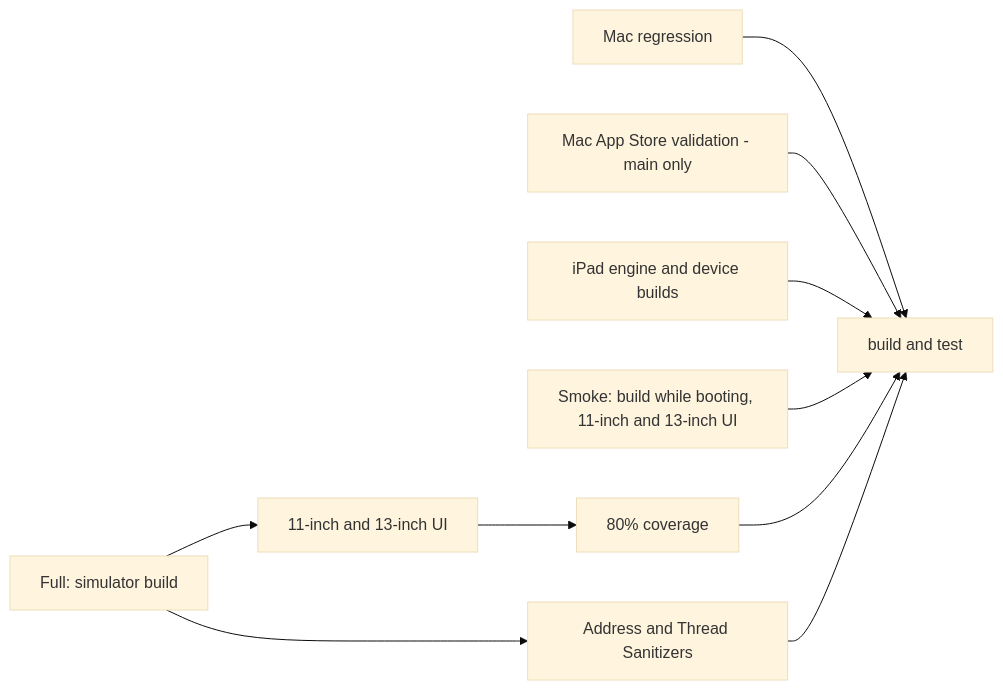
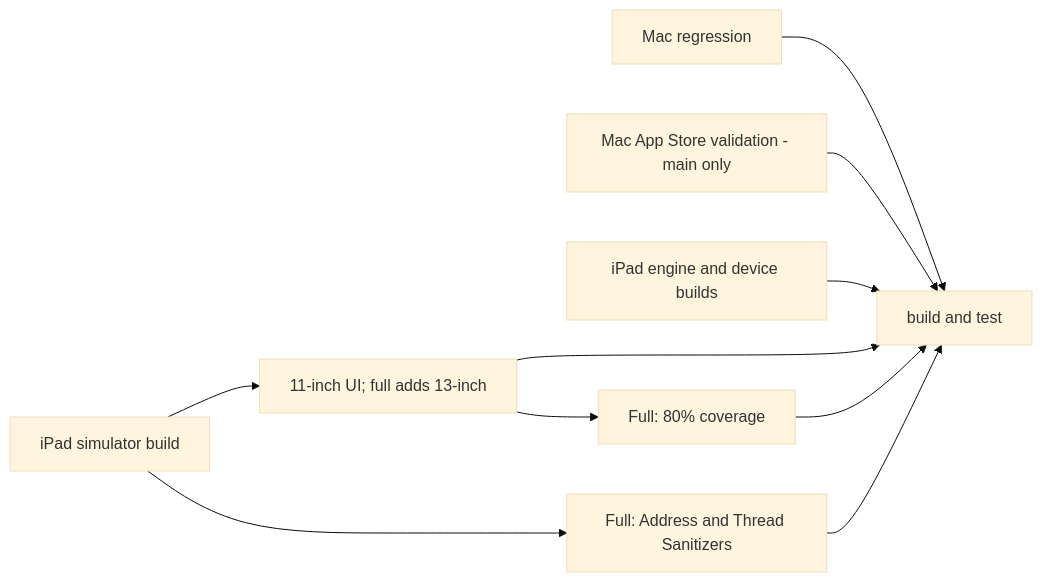
The diagram in docs/ipad.md (leftblank-app/leftblank), drawn with Mermaid (base theme) before and after one commit. The commit also changed other lines of this file and 5 other files, not shown here.

First line of the commit message:
Run iPad smoke on one prebuilt 11-inch device; fix the editor tap offset

````diff
--- a/docs/ipad.md
+++ b/docs/ipad.md
@@ -148,9 +148,9 @@
 ```mermaid
 flowchart LR
     mac[Mac regression] --> gate[build and test]
     store[Mac App Store validation - main only] --> gate
     checks[iPad engine and device builds] --> gate
-    smoke[Smoke: build while booting, 11-inch and 13-inch UI] --> gate
-    build[Full: simulator build] --> ui[11-inch and 13-inch UI] --> coverage[80% coverage] --> gate
-    build --> memory[Address and Thread Sanitizers] --> gate
+    build[iPad simulator build] --> ui[11-inch UI; full adds 13-inch] --> gate
+    ui --> coverage[Full: 80% coverage] --> gate
+    build --> memory[Full: Address and Thread Sanitizers] --> gate
 ```
````
